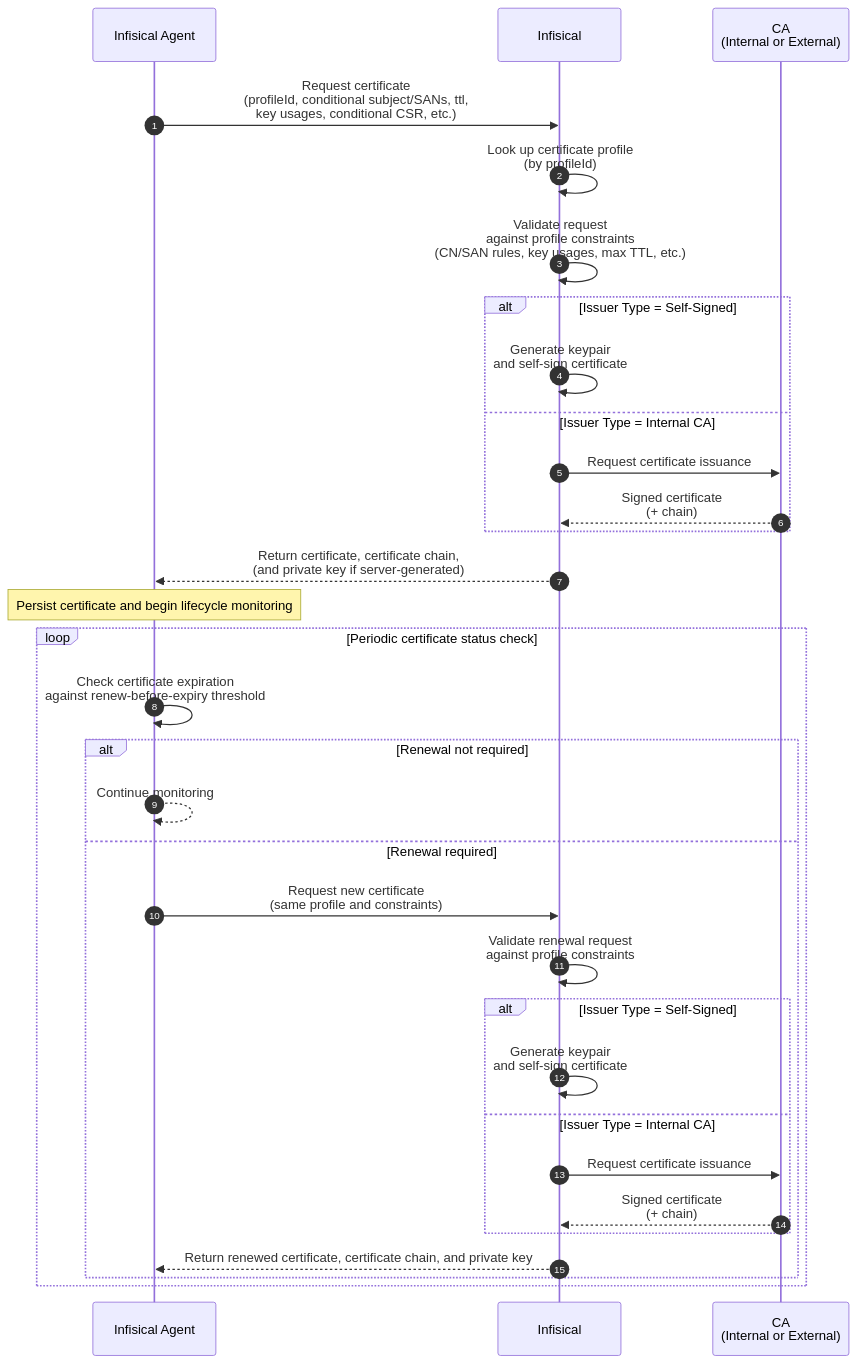
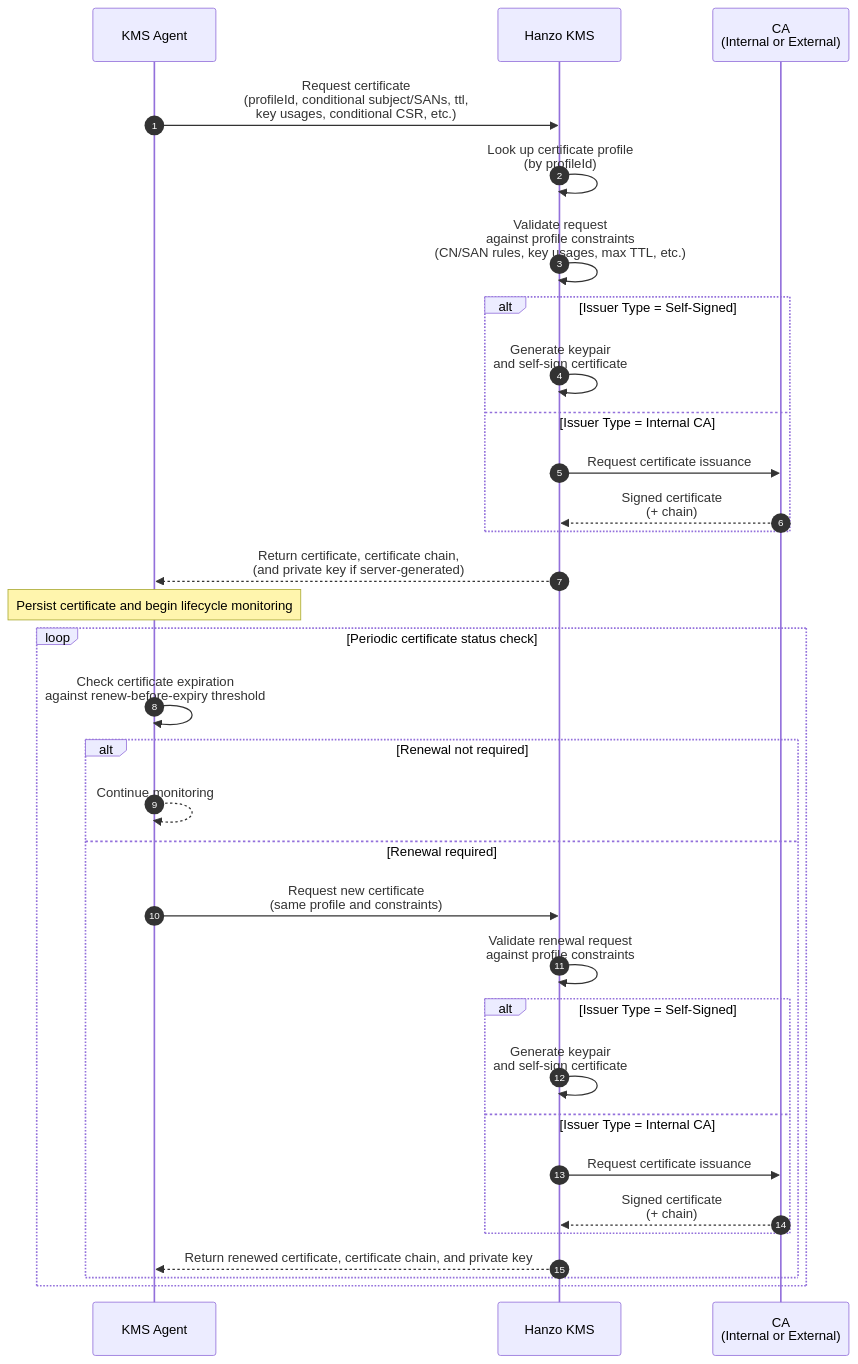
Before and after one commit to hanzoai/kms: the diagram in docs/documentation/platform/pki/guides/request-cert-agent.mdx, drawn with Mermaid. The commit also changed other lines of this file and 927 other files, not shown here.

First line of the commit message:
feat: complete Hanzo KMS rebranding across upstream merge

````diff
--- a/docs/documentation/platform/pki/guides/request-cert-agent.mdx
+++ b/docs/documentation/platform/pki/guides/request-cert-agent.mdx
@@ -15,44 +15,44 @@
 ```mermaid
 sequenceDiagram
   autonumber
-  participant Agent as Infisical Agent
-  participant Infis as Infisical
+  participant Agent as KMS Agent
+  participant Infis as Hanzo KMS
   participant CA as CA<br/>(Internal or External)
 
   Agent->>Infis: Request certificate<br/>(profileId, conditional subject/SANs, ttl,<br/>key usages, conditional CSR, etc.)
 
   Infis->>Infis: Look up certificate profile<br/>(by profileId)
   Infis->>Infis: Validate request<br/>against profile constraints<br/>(CN/SAN rules, key usages, max TTL, etc.)
 
   alt Issuer Type = Self-Signed
     Infis->>Infis: Generate keypair<br/>and self-sign certificate
   else Issuer Type = Internal CA
     Infis->>CA: Request certificate issuance
     CA-->>Infis: Signed certificate<br/>(+ chain)
   end
 
   Infis-->>Agent: Return certificate, certificate chain,<br/>(and private key if server-generated)
 
   Note over Agent: Persist certificate and begin lifecycle monitoring
 
   loop Periodic certificate status check
     Agent->>Agent: Check certificate expiration<br/>against renew-before-expiry threshold
 
     alt Renewal not required
       Agent-->>Agent: Continue monitoring
     else Renewal required
       Agent->>Infis: Request new certificate<br/>(same profile and constraints)
 
       Infis->>Infis: Validate renewal request<br/>against profile constraints
 
       alt Issuer Type = Self-Signed
         Infis->>Infis: Generate keypair<br/>and self-sign certificate
       else Issuer Type = Internal CA
         Infis->>CA: Request certificate issuance
         CA-->>Infis: Signed certificate<br/>(+ chain)
       end
 
       Infis-->>Agent: Return renewed certificate, certificate chain, and private key
     end
   end
 ```
````
